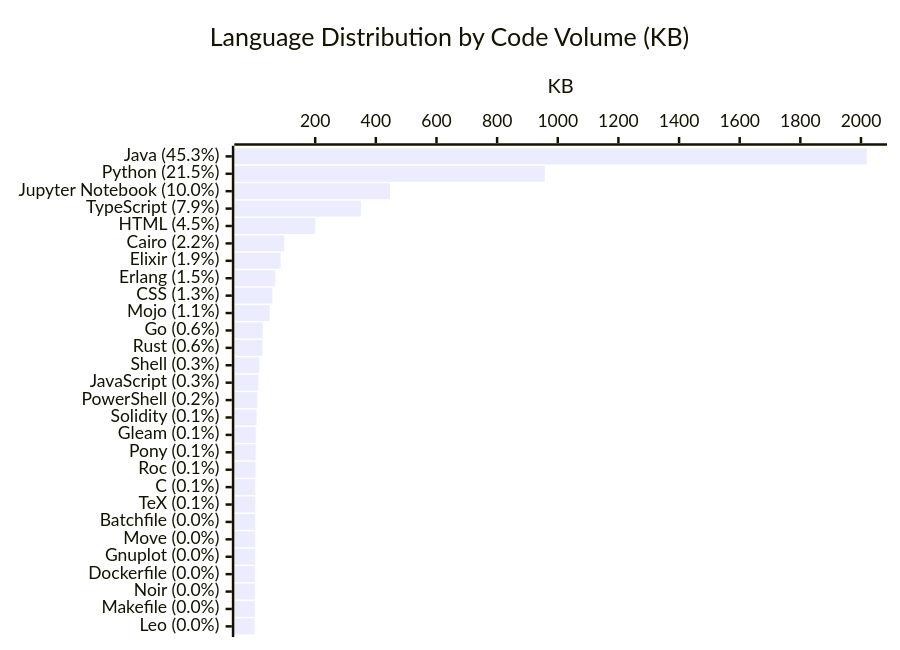
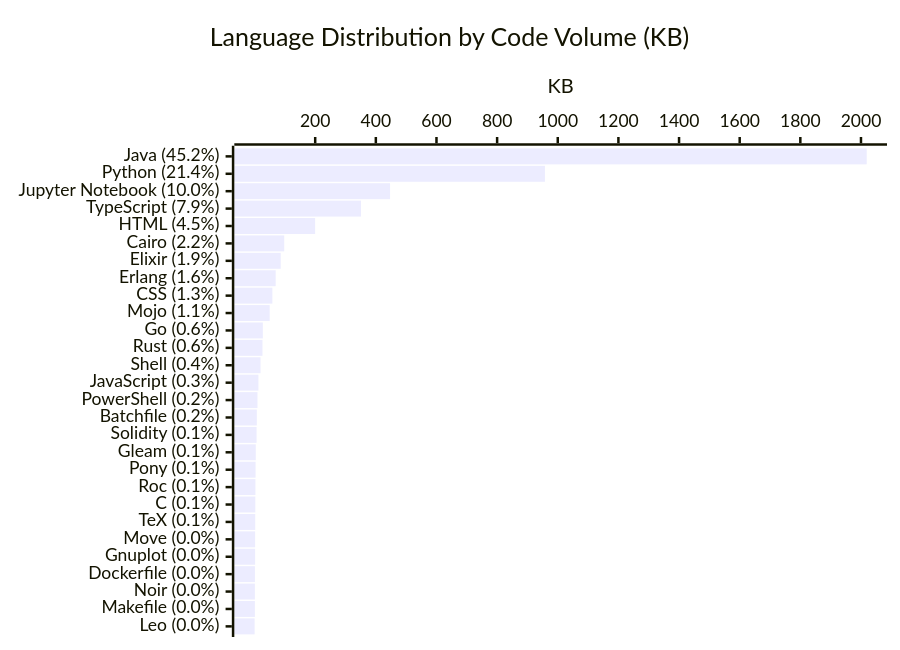
The diagram in profile/README.md (KathiraveluLab/.github), drawn with Mermaid before and after one commit. The commit also changed other lines of this file and 1 other file, not shown here.

````diff
--- a/profile/README.md
+++ b/profile/README.md
@@ -64,7 +64,7 @@
 ```mermaid
 xychart-beta horizontal
     title "Language Distribution by Code Volume (KB)"
-    x-axis ["Java (45.3%)", "Python (21.5%)", "Jupyter Notebook (10.0%)", "TypeScript (7.9%)", "HTML (4.5%)", "Cairo (2.2%)", "Elixir (1.9%)", "Erlang (1.5%)", "CSS (1.3%)", "Mojo (1.1%)", "Go (0.6%)", "Rust (0.6%)", "Shell (0.3%)", "JavaScript (0.3%)", "PowerShell (0.2%)", "Solidity (0.1%)", "Gleam (0.1%)", "Pony (0.1%)", "Roc (0.1%)", "C (0.1%)", "TeX (0.1%)", "Batchfile (0.0%)", "Move (0.0%)", "Gnuplot (0.0%)", "Dockerfile (0.0%)", "Noir (0.0%)", "Makefile (0.0%)", "Leo (0.0%)"]
+    x-axis ["Java (45.2%)", "Python (21.4%)", "Jupyter Notebook (10.0%)", "TypeScript (7.9%)", "HTML (4.5%)", "Cairo (2.2%)", "Elixir (1.9%)", "Erlang (1.6%)", "CSS (1.3%)", "Mojo (1.1%)", "Go (0.6%)", "Rust (0.6%)", "Shell (0.4%)", "JavaScript (0.3%)", "PowerShell (0.2%)", "Batchfile (0.2%)", "Solidity (0.1%)", "Gleam (0.1%)", "Pony (0.1%)", "Roc (0.1%)", "C (0.1%)", "TeX (0.1%)", "Move (0.0%)", "Gnuplot (0.0%)", "Dockerfile (0.0%)", "Noir (0.0%)", "Makefile (0.0%)", "Leo (0.0%)"]
     y-axis "KB"
-    bar [2018.87, 957.37, 446.9, 351.02, 199.85, 97.83, 86.29, 68.52, 58.73, 49.94, 27.33, 26.08, 15.54, 12.8, 9.6, 6.65, 3.97, 3.39, 2.85, 2.58, 2.29, 2.09, 1.9, 1.82, 1.17, 1.03, 0.99, 0.26]
+    bar [2018.87, 957.73, 446.9, 351.02, 199.85, 97.83, 86.29, 69.74, 58.73, 49.94, 27.33, 26.08, 19.77, 12.8, 9.6, 7.42, 6.65, 3.97, 3.39, 2.85, 2.58, 2.29, 1.9, 1.82, 1.17, 1.03, 0.99, 0.27]
 ```
````
